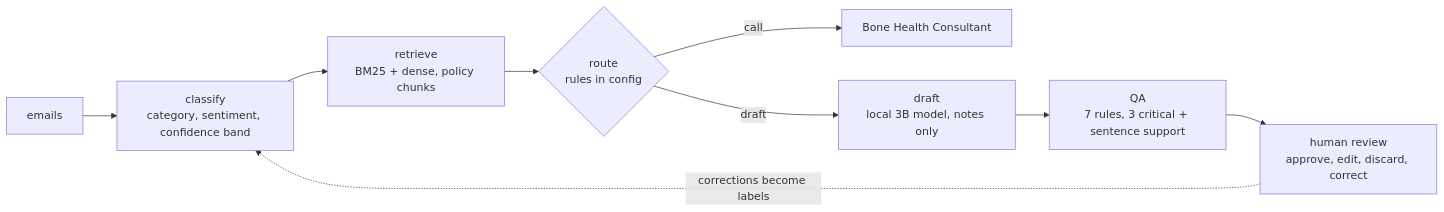
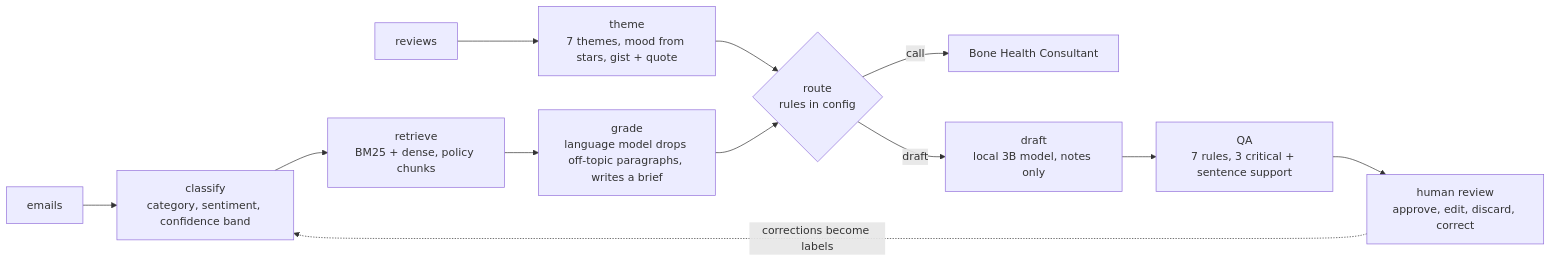
Before and after one commit to meetgajjarx07/care-triage: the diagram in README.md, drawn with Mermaid. The commit also changed other lines of this file, not shown here.

Commit message:
README: say what the whole app does now, with the numbers; diagram gains reviews and grading

````diff
--- a/README.md
+++ b/README.md
@@ -13,11 +17,14 @@
 ```mermaid
 flowchart LR
     E[emails] --> C[classify<br/>category, sentiment, confidence band]
+    RV[reviews] --> T[theme<br/>7 themes, mood from stars, gist + quote]
+    T --> RO
     C --> R[retrieve<br/>BM25 + dense, policy chunks]
-    R --> RO{route<br/>rules in config}
+    R --> G[grade<br/>language model drops off-topic paragraphs, writes a brief]
+    G --> RO{route<br/>rules in config}
     RO -->|call| H[Bone Health Consultant]
     RO -->|draft| D[draft<br/>local 3B model, notes only]
     D --> Q[QA<br/>7 rules, 3 critical + sentence support]
     Q --> V[human review<br/>approve, edit, discard, correct]
     V -.->|corrections become labels| C
 ```
````
